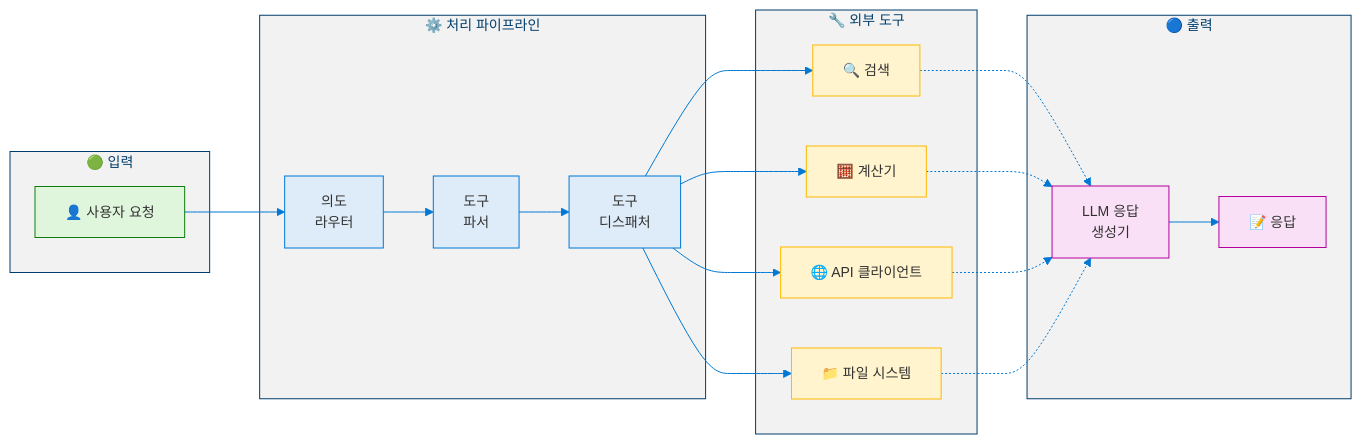
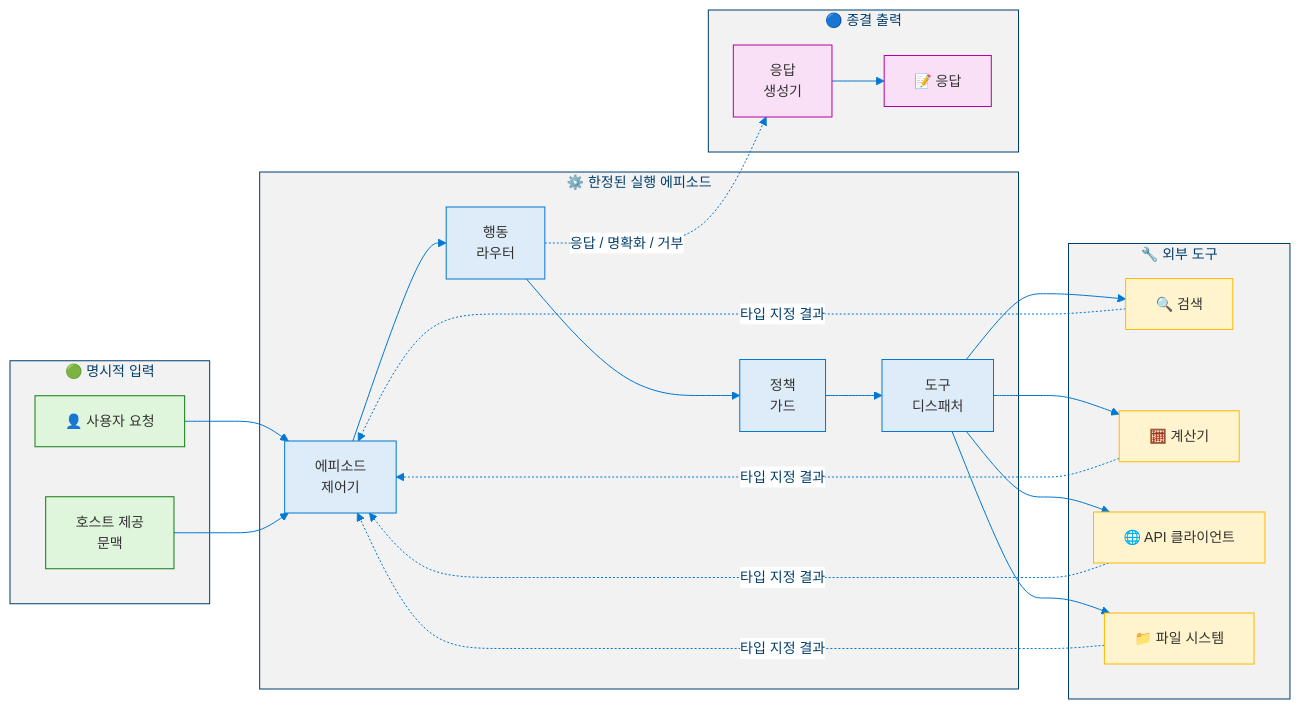
The first of 7 diagrams in docs/levels/Level_1_Tool_Agent.ko.md (dotnetpower/mscp), drawn with Mermaid before and after one commit. The commit also changed other lines of this file and 21 other files, not shown here.

````diff
--- a/docs/levels/Level_1_Tool_Agent.ko.md
+++ b/docs/levels/Level_1_Tool_Agent.ko.md
@@ -106,40 +123,43 @@
 ```mermaid
 %%{init: {'theme': 'base', 'themeVariables': {'primaryColor': '#0078D4', 'primaryTextColor': '#003D6B', 'primaryBorderColor': '#003D6B', 'secondaryColor': '#50E6FF', 'secondaryTextColor': '#323130', 'secondaryBorderColor': '#00BCF2', 'tertiaryColor': '#F2F2F2', 'tertiaryTextColor': '#323130', 'lineColor': '#0078D4', 'textColor': '#323130', 'mainBkg': '#DEECF9', 'nodeBorder': '#0078D4', 'clusterBkg': '#F2F2F2', 'clusterBorder': '#003D6B', 'titleColor': '#003D6B', 'edgeLabelBackground': '#FFFFFF', 'fontSize': '14px'}}}%%
 flowchart LR
   classDef input fill:#107C10,stroke:#085108,color:#FFF
   classDef inputLight fill:#DFF6DD,stroke:#107C10,color:#323130
   classDef process fill:#0078D4,stroke:#003D6B,color:#FFF
   classDef processLight fill:#DEECF9,stroke:#0078D4,color:#323130
   classDef tool fill:#FFB900,stroke:#CC9400,color:#323130
   classDef toolLight fill:#FFF4CE,stroke:#FFB900,color:#323130
   classDef output fill:#B4009E,stroke:#8A0076,color:#FFF
   classDef outputLight fill:#F9E0F7,stroke:#B4009E,color:#323130
 
-  subgraph Input["🟢 입력"]
+  subgraph Input["🟢 명시적 입력"]
     U["👤 사용자 요청"]:::inputLight
+    C["호스트 제공<br/>문맥"]:::inputLight
   end
 
-  subgraph Processing["⚙️ 처리 파이프라인"]
-    IR["의도<br/>라우터"]:::processLight
-    TP["도구<br/>파서"]:::processLight
+  subgraph Processing["⚙️ 한정된 실행 에피소드"]
+    EC["에피소드<br/>제어기"]:::processLight
+    AR["행동<br/>라우터"]:::processLight
+    PG["정책<br/>가드"]:::processLight
     TD["도구<br/>디스패처"]:::processLight
-    IR --> TP --> TD
+    EC --> AR --> PG --> TD
   end
 
   subgraph Tools["🔧 외부 도구"]
     T1["🔍 검색"]:::toolLight
     T2["🧮 계산기"]:::toolLight
     T3["🌐 API 클라이언트"]:::toolLight
     T4["📁 파일 시스템"]:::toolLight
   end
 
-  subgraph Output["🔵 출력"]
-    LLM["LLM 응답<br/>생성기"]:::outputLight
+  subgraph Output["🔵 종결 출력"]
+    LLM["응답<br/>생성기"]:::outputLight
     R["📝 응답"]:::outputLight
     LLM --> R
   end
 
-  U --> IR
+  U & C --> EC
   TD --> T1 & T2 & T3 & T4
-  T1 & T2 & T3 & T4 -.-> LLM
+  T1 & T2 & T3 & T4 -. "타입 지정 결과" .-> EC
+  AR -. "응답 / 명확화 / 거부" .-> LLM
 ```
````
